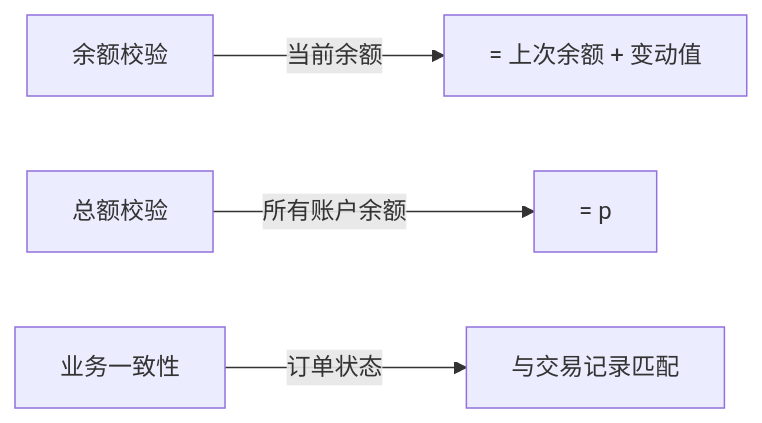
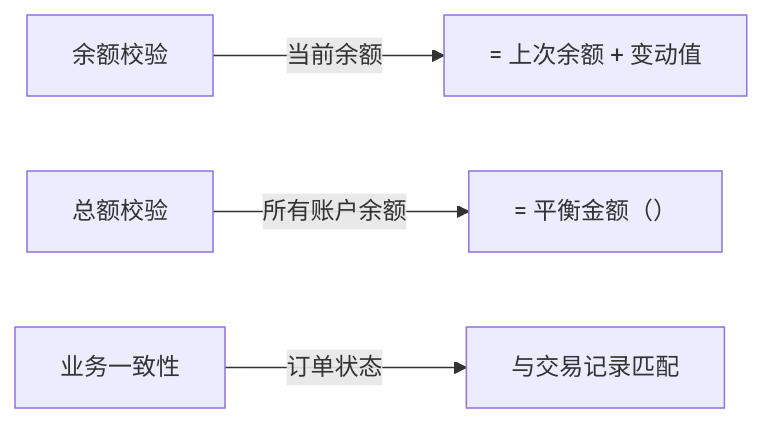
The diagram in all/未命名.md (87828943/iodraw-files), drawn with Mermaid before and after one commit.

Commit message:
2025-07-01 10:36:54 update

````diff
--- a/all/未命名.md
+++ b/all/未命名.md
@@ -1,6 +1,6 @@
 ```mermaid
 graph LR
     A[余额校验] -->|当前余额| B[= 上次余额 + 变动值]
-    C[总额校验] -->|所有账户余额| D[= p]
+    C[总额校验] -->|所有账户余额| D[= 平衡金额（）]
     E[业务一致性] -->|订单状态| F[与交易记录匹配]
 ```
````
